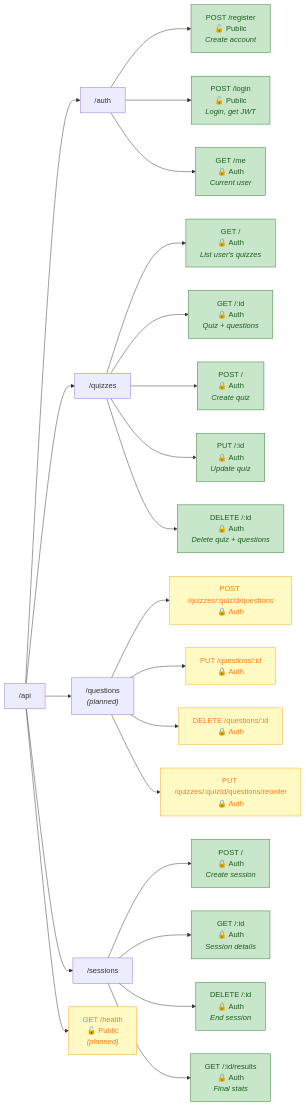
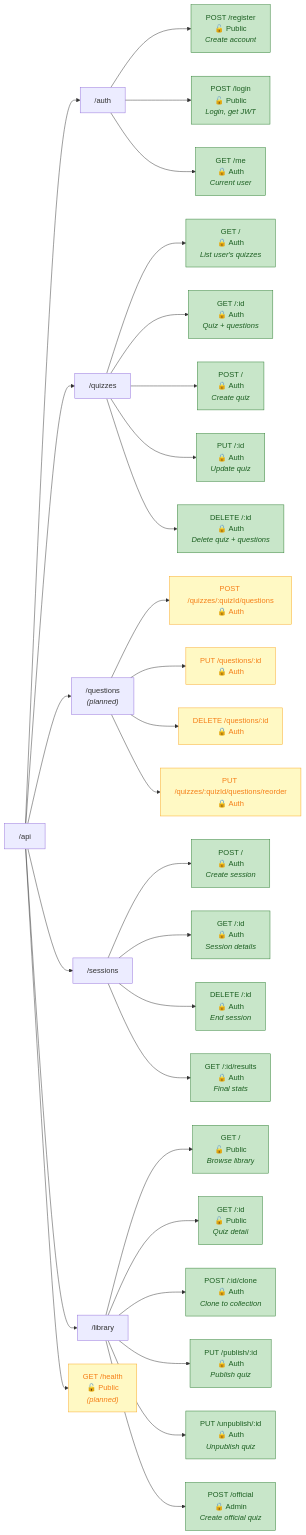
The second of 5 diagrams in docs/Architektur.md (anshamray/Answr), drawn with Mermaid before and after one commit. The commit also changed other lines of this file and 33 other files, not shown here.

First line of the commit message:
feat: enhance API and server structure with new library routes and response handling

````diff
--- a/docs/Architektur.md
+++ b/docs/Architektur.md
@@ -85,39 +93,48 @@
 ```mermaid
 graph LR
   API["/api"]
 
   API --> AUTH["/auth"]
   AUTH --> AUTH_REG["POST /register<br/>🔓 Public<br/><i>Create account</i>"]
   AUTH --> AUTH_LOG["POST /login<br/>🔓 Public<br/><i>Login, get JWT</i>"]
   AUTH --> AUTH_ME["GET /me<br/>🔒 Auth<br/><i>Current user</i>"]
 
   API --> QUIZ["/quizzes"]
   QUIZ --> Q_LIST["GET /<br/>🔒 Auth<br/><i>List user's quizzes</i>"]
   QUIZ --> Q_GET["GET /:id<br/>🔒 Auth<br/><i>Quiz + questions</i>"]
   QUIZ --> Q_CREATE["POST /<br/>🔒 Auth<br/><i>Create quiz</i>"]
   QUIZ --> Q_UPDATE["PUT /:id<br/>🔒 Auth<br/><i>Update quiz</i>"]
   QUIZ --> Q_DELETE["DELETE /:id<br/>🔒 Auth<br/><i>Delete quiz + questions</i>"]
 
   API --> QUESTIONS["/questions<br/><i>(planned)</i>"]
   QUESTIONS --> QN_ADD["POST /quizzes/:quizId/questions<br/>🔒 Auth"]
   QUESTIONS --> QN_UPDATE["PUT /questions/:id<br/>🔒 Auth"]
   QUESTIONS --> QN_DELETE["DELETE /questions/:id<br/>🔒 Auth"]
   QUESTIONS --> QN_REORDER["PUT /quizzes/:quizId/questions/reorder<br/>🔒 Auth"]
 
   API --> SESSIONS["/sessions"]
   SESSIONS --> S_CREATE["POST /<br/>🔒 Auth<br/><i>Create session</i>"]
   SESSIONS --> S_GET["GET /:id<br/>🔒 Auth<br/><i>Session details</i>"]
   SESSIONS --> S_DELETE["DELETE /:id<br/>🔒 Auth<br/><i>End session</i>"]
   SESSIONS --> S_RESULTS["GET /:id/results<br/>🔒 Auth<br/><i>Final stats</i>"]
 
+  API --> LIBRARY["/library"]
+  LIBRARY --> L_BROWSE["GET /<br/>🔓 Public<br/><i>Browse library</i>"]
+  LIBRARY --> L_GET["GET /:id<br/>🔓 Public<br/><i>Quiz detail</i>"]
+  LIBRARY --> L_CLONE["POST /:id/clone<br/>🔒 Auth<br/><i>Clone to collection</i>"]
+  LIBRARY --> L_PUBLISH["PUT /publish/:id<br/>🔒 Auth<br/><i>Publish quiz</i>"]
+  LIBRARY --> L_UNPUBLISH["PUT /unpublish/:id<br/>🔒 Auth<br/><i>Unpublish quiz</i>"]
+  LIBRARY --> L_OFFICIAL["POST /official<br/>🔒 Admin<br/><i>Create official quiz</i>"]
+
   API --> HEALTH["GET /health<br/>🔓 Public<br/><i>(planned)</i>"]
 
   classDef implemented fill:#c8e6c9,stroke:#2e7d32,color:#1b5e20
   classDef planned fill:#fff9c4,stroke:#f9a825,color:#f57f17
 
   class AUTH_REG,AUTH_LOG,AUTH_ME implemented
   class Q_LIST,Q_GET,Q_CREATE,Q_UPDATE,Q_DELETE implemented
   class S_CREATE,S_GET,S_DELETE,S_RESULTS implemented
+  class L_BROWSE,L_GET,L_CLONE,L_PUBLISH,L_UNPUBLISH,L_OFFICIAL implemented
   class QN_ADD,QN_UPDATE,QN_DELETE,QN_REORDER planned
   class HEALTH planned
 ```
````
